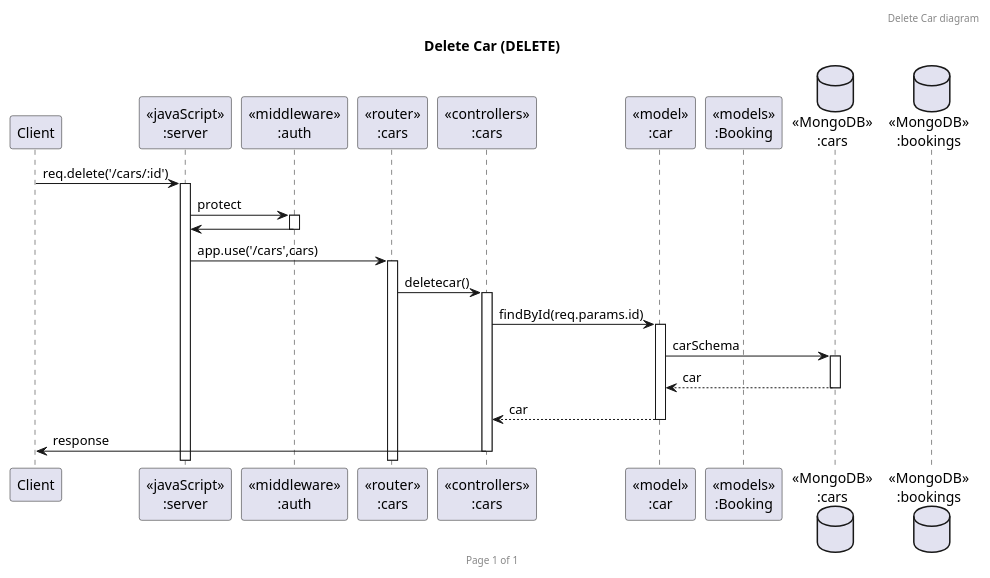
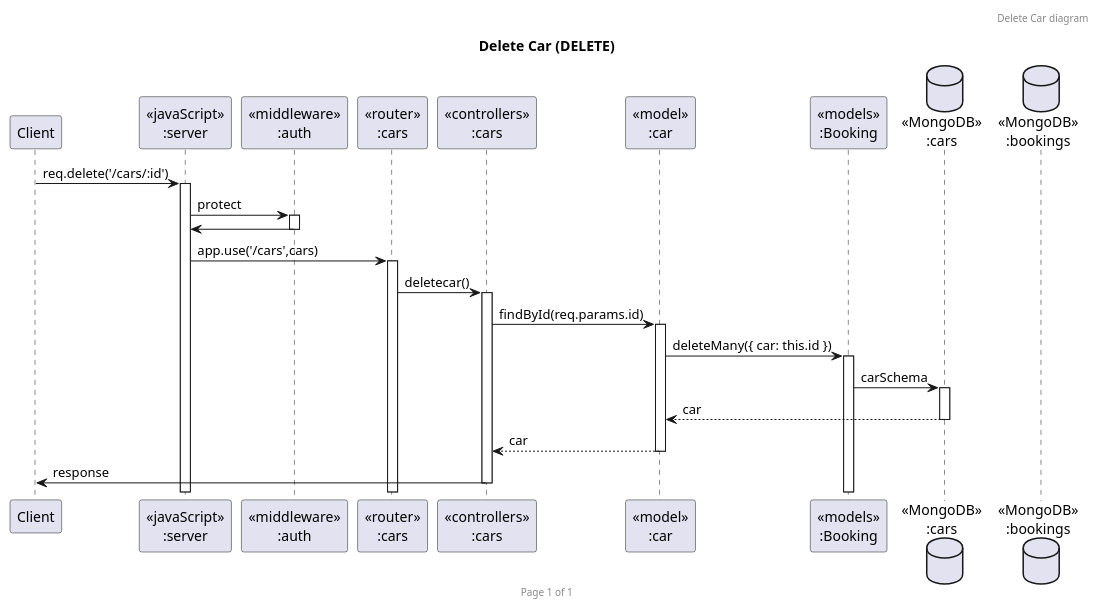
One commit to 2110503TACEDT66/presentation-day-1-samrongsquad changed the diagram in Puml/deleteCar.puml. Above: the diagram before and after it, drawn with PlantUML. The commit also changed 1 other file, not shown here.

```diff
--- a/Puml/deleteCar.puml
+++ b/Puml/deleteCar.puml
@@ -1,28 +1,29 @@
 @startuml Delete Car (DELETE)
 
 header Delete Car diagram
 footer Page %page% of %lastpage%
 title "Delete Car (DELETE)"
 
 participant "Client" as client
 participant "<<javaScript>>\n:server" as server
 participant "<<middleware>>\n:auth" as middlewareAuth
 participant "<<router>>\n:cars" as routercars
 participant "<<controllers>>\n:cars" as controllerscars
 participant "<<model>>\n:car" as modelcar
 participant "<<models>>\n:Booking" as bookingModel
 database "<<MongoDB>>\n:cars" as carsDatabase
 database "<<MongoDB>>\n:bookings" as bookingDatabase
 
 client->server ++:req.delete('/cars/:id')
 server->middlewareAuth ++:protect
 middlewareAuth->server --:
 server->routercars ++:app.use('/cars',cars)
 routercars -> controllerscars ++:deletecar()
 controllerscars->modelcar ++:findById(req.params.id)
-modelcar ->carsDatabase ++: carSchema
+modelcar -> bookingModel ++: deleteMany({ car: this.id })
+bookingModel ->carsDatabase ++: carSchema
 carsDatabase --> modelcar --: car
 controllerscars <-- modelcar --:car
 controllerscars->client --:response
 
 @enduml
```
